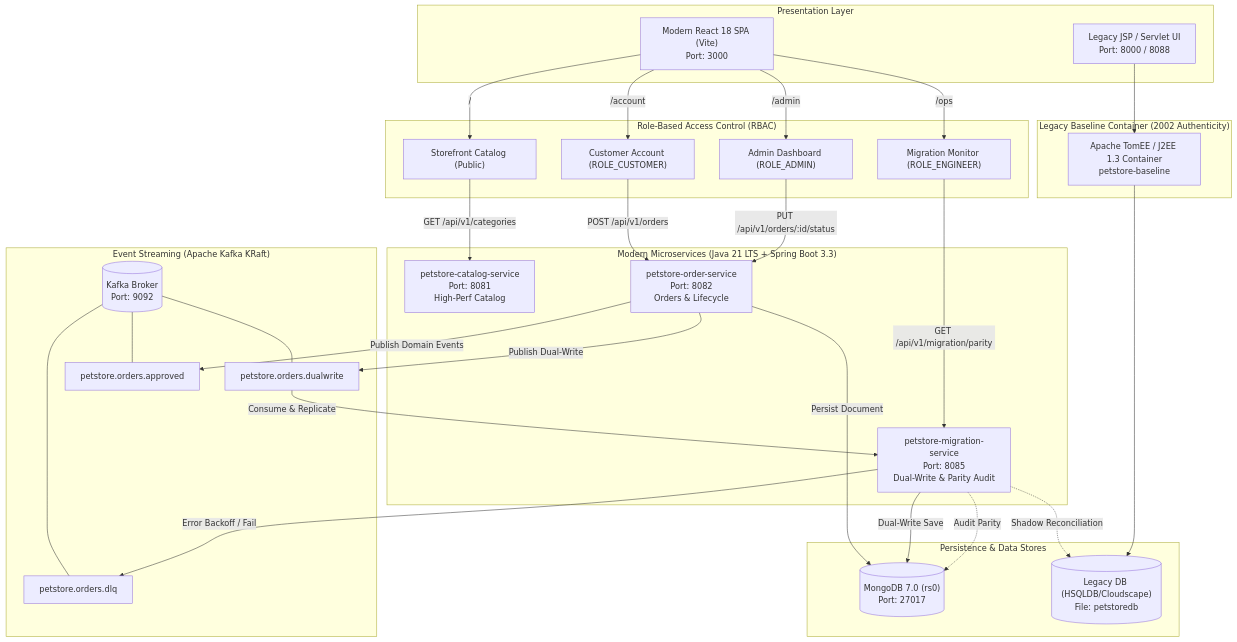
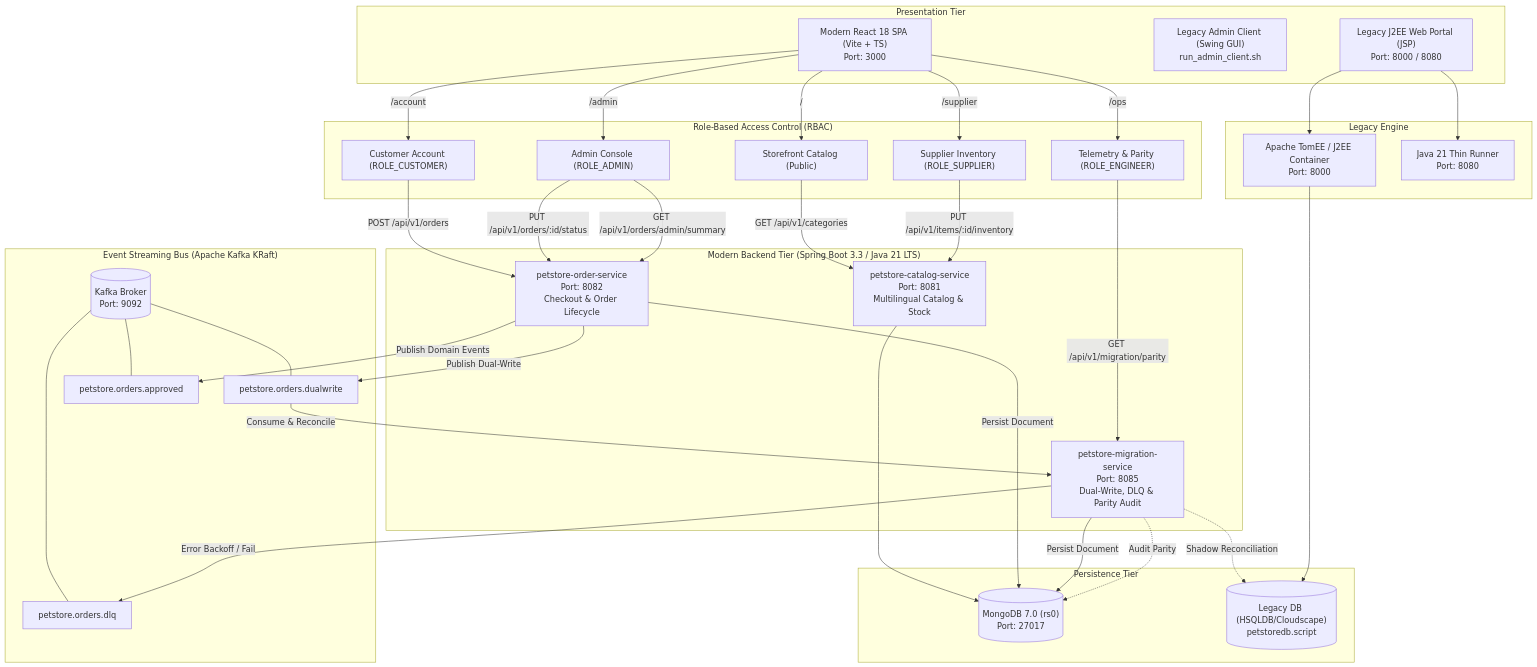
Before and after one commit to deepeshgodara/petstore-migration: the diagram in README.md, drawn with Mermaid. The commit also changed other lines of this file and 762 other files, not shown here.

Commit message:
refactor(repo): restructure directory layout to petstore-legacy and petstore-legacy-thin-runner, overhaul master README

````diff
--- a/README.md
+++ b/README.md
@@ -42,59 +50,67 @@
 ```mermaid
 flowchart TB
-    subgraph Clients["Presentation Layer"]
-        SPA["Modern React 18 SPA (Vite)<br/>Port: 3000"]
-        LEGACY_WEB["Legacy JSP / Servlet UI<br/>Port: 8000 / 8088"]
+    subgraph Clients["Presentation Tier"]
+        SPA["Modern React 18 SPA (Vite + TS)<br/>Port: 3000"]
+        SWING["Legacy Admin Client (Swing GUI)<br/>run_admin_client.sh"]
+        LEGACY_WEB["Legacy J2EE Web Portal (JSP)<br/>Port: 8000 / 8080"]
     end
 
     subgraph Security["Role-Based Access Control (RBAC)"]
         SPA -->|"/"| Store["Storefront Catalog (Public)"]
         SPA -->|"/account"| Cust["Customer Account (ROLE_CUSTOMER)"]
-        SPA -->|"/admin"| Admin["Admin Dashboard (ROLE_ADMIN)"]
-        SPA -->|"/ops"| Ops["Migration Monitor (ROLE_ENGINEER)"]
+        SPA -->|"/admin"| Admin["Admin Console (ROLE_ADMIN)"]
+        SPA -->|"/supplier"| Sup["Supplier Inventory (ROLE_SUPPLIER)"]
+        SPA -->|"/ops"| Ops["Telemetry & Parity (ROLE_ENGINEER)"]
     end
 
-    subgraph ModernServices["Modern Microservices (Java 21 LTS + Spring Boot 3.3)"]
-        CATALOG["petstore-catalog-service<br/>Port: 8081<br/>High-Perf Catalog"]
-        ORDER["petstore-order-service<br/>Port: 8082<br/>Orders & Lifecycle"]
-        MIGRATION["petstore-migration-service<br/>Port: 8085<br/>Dual-Write & Parity Audit"]
+    subgraph ModernBackend["Modern Backend Tier (Spring Boot 3.3 / Java 21 LTS)"]
+        CATALOG["petstore-catalog-service<br/>Port: 8081<br/>Multilingual Catalog & Stock"]
+        ORDER["petstore-order-service<br/>Port: 8082<br/>Checkout & Order Lifecycle"]
+        MIGRATION["petstore-migration-service<br/>Port: 8085<br/>Dual-Write, DLQ & Parity Audit"]
     end
 
-    subgraph Streaming["Event Streaming (Apache Kafka KRaft)"]
+    subgraph Streaming["Event Streaming Bus (Apache Kafka KRaft)"]
         KAFKA[("Kafka Broker<br/>Port: 9092")]
         TOPIC_DW["petstore.orders.dualwrite"]
         TOPIC_APP["petstore.orders.approved"]
         TOPIC_DLQ["petstore.orders.dlq"]
         KAFKA --- TOPIC_DW
         KAFKA --- TOPIC_APP
         KAFKA --- TOPIC_DLQ
     end
 
-    subgraph DataTier["Persistence & Data Stores"]
+    subgraph Persistence["Persistence Tier"]
         MONGO[("MongoDB 7.0 (rs0)<br/>Port: 27017")]
-        LEGACY_DB[("Legacy DB (HSQLDB/Cloudscape)<br/>File: petstoredb")]
+        LEGACY_DB[("Legacy DB (HSQLDB/Cloudscape)<br/>petstoredb.script")]
     end
 
-    subgraph LegacyEngine["Legacy Baseline Container (2002 Authenticity)"]
-        TOMEE["Apache TomEE / J2EE 1.3 Container<br/>petstore-baseline"]
+    subgraph LegacyRuntime["Legacy Engine"]
+        TOMEE["Apache TomEE / J2EE Container<br/>Port: 8000"]
+        THIN_RUNNER["Java 21 Thin Runner<br/>Port: 8080"]
     end
 
-    %% Flows
+    %% Client flows
     Store -->|GET /api/v1/categories| CATALOG
     Cust -->|POST /api/v1/orders| ORDER
     Admin -->|PUT /api/v1/orders/:id/status| ORDER
+    Admin -->|GET /api/v1/orders/admin/summary| ORDER
+    Sup -->|PUT /api/v1/items/:id/inventory| CATALOG
     Ops -->|GET /api/v1/migration/parity| MIGRATION
 
+    %% Backend persistence & streaming
+    CATALOG --> MONGO
     ORDER -->|Persist Document| MONGO
     ORDER -->|Publish Dual-Write| TOPIC_DW
     ORDER -->|Publish Domain Events| TOPIC_APP
 
-    TOPIC_DW -->|Consume & Replicate| MIGRATION
-    MIGRATION -->|Dual-Write Save| MONGO
+    TOPIC_DW -->|Consume & Reconcile| MIGRATION
+    MIGRATION -->|Persist Document| MONGO
     MIGRATION -->|Error Backoff / Fail| TOPIC_DLQ
 
     MIGRATION -.->|Shadow Reconciliation| LEGACY_DB
     MIGRATION -.->|Audit Parity| MONGO
 
     LEGACY_WEB --> TOMEE
+    LEGACY_WEB --> THIN_RUNNER
     TOMEE --> LEGACY_DB
 ```
````
